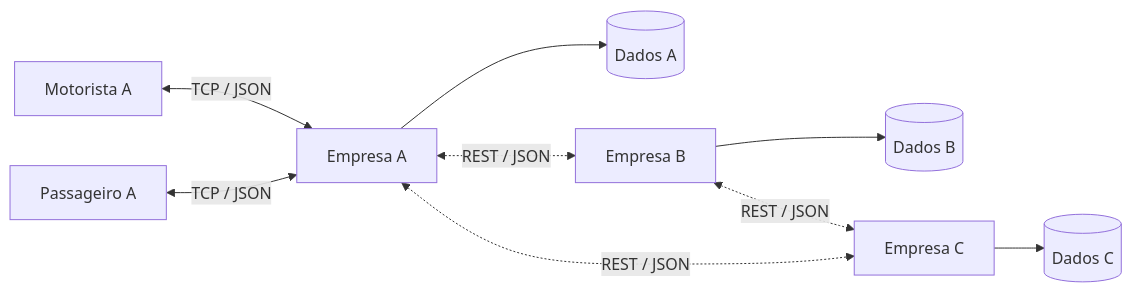
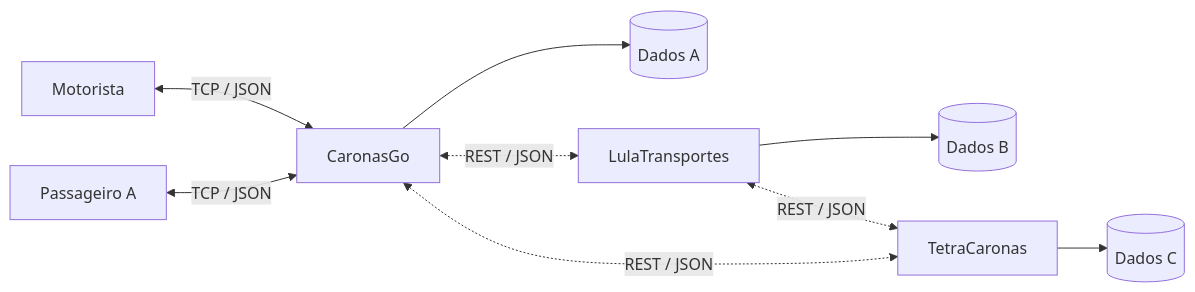
The diagram in README.md (matheusrodrrgues/vaijunto2), drawn with Mermaid before and after one commit. The commit also changed other lines of this file and 3 other files, not shown here.

````diff
--- a/README.md
+++ b/README.md
@@ -47,11 +47,11 @@
 ```mermaid
 flowchart LR
-    MA[Motorista A] <-->|TCP / JSON| A[Empresa A]
+    MA[Motorista] <-->|TCP / JSON| A[CaronasGo]
     PA[Passageiro A] <-->|TCP / JSON| A
     A --> DA[(Dados A)]
-    B[Empresa B] --> DB[(Dados B)]
-    C[Empresa C] --> DC[(Dados C)]
+    B[LulaTransportes] --> DB[(Dados B)]
+    C[TetraCaronas] --> DC[(Dados C)]
     A <-. REST / JSON .-> B
     B <-. REST / JSON .-> C
     A <-. REST / JSON .-> C
 ```
````
